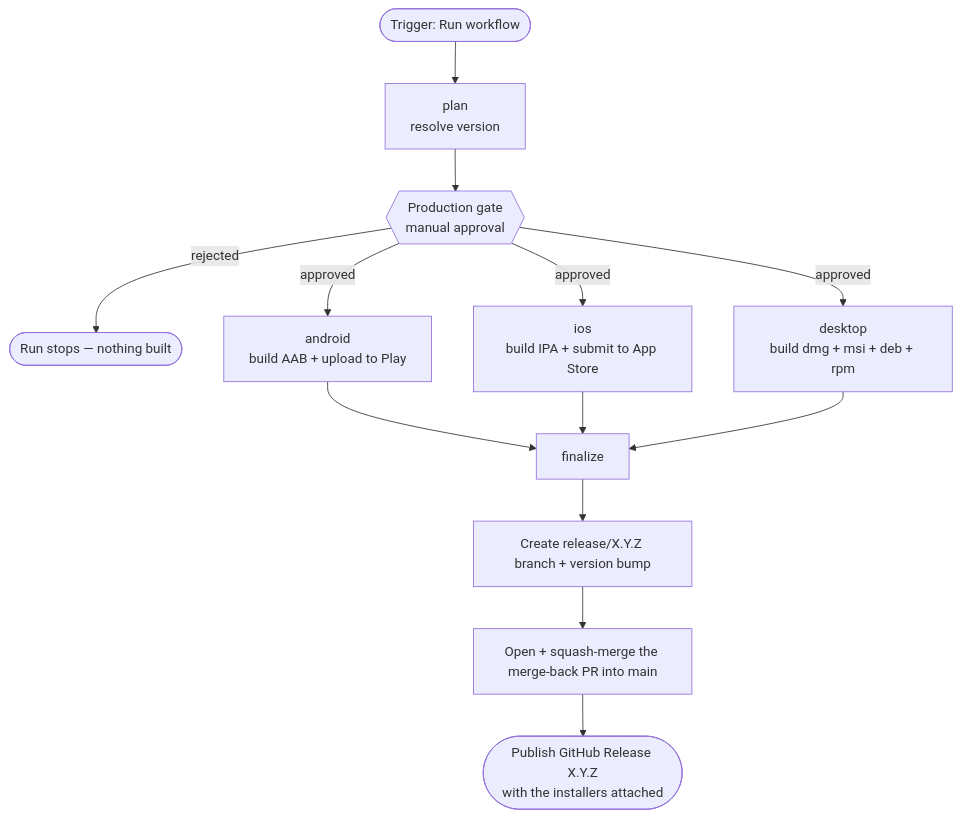
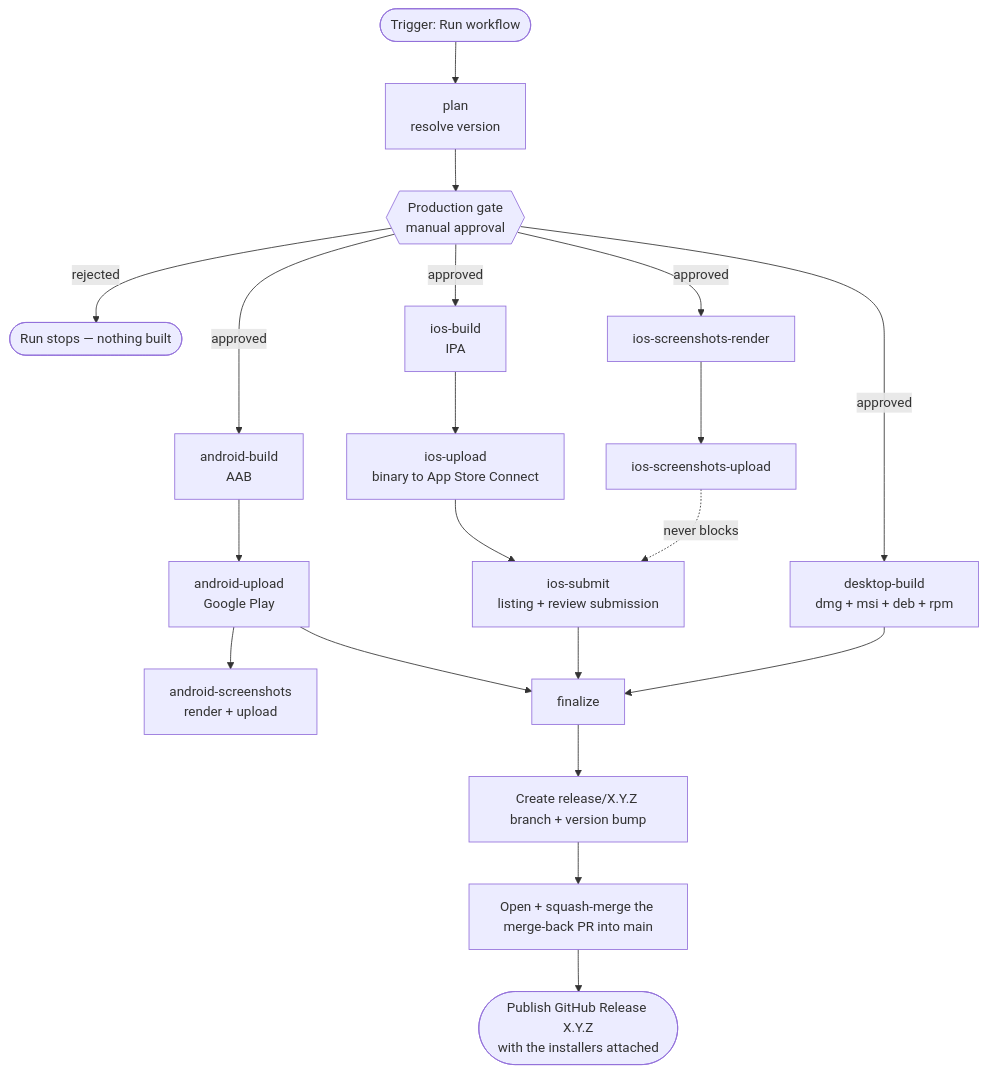
Before and after one commit to Quartel-Enterprise/bible-planner-mobile-client: the first of 2 diagrams in docs/release-process.md, drawn with Mermaid. The commit also changed other lines of this file and 4 other files, not shown here.

````diff
--- a/docs/release-process.md
+++ b/docs/release-process.md
@@ -19,15 +19,22 @@
 ```mermaid
 flowchart TD
     A([Trigger: Run workflow]) --> B[plan<br/>resolve version]
     B --> G{{Production gate<br/>manual approval}}
     G -->|rejected| X([Run stops — nothing built])
-    G -->|approved| D[android<br/>build AAB + upload to Play]
-    G -->|approved| E[ios<br/>build IPA + submit to App Store]
-    G -->|approved| H[desktop<br/>build dmg + msi + deb + rpm]
-    D --> F[finalize]
-    E --> F
+    G -->|approved| D1[android-build<br/>AAB]
+    G -->|approved| E1[ios-build<br/>IPA]
+    G -->|approved| S1[ios-screenshots-render]
+    G -->|approved| H[desktop-build<br/>dmg + msi + deb + rpm]
+    D1 --> D2[android-upload<br/>Google Play]
+    D2 --> D3[android-screenshots<br/>render + upload]
+    E1 --> E2[ios-upload<br/>binary to App Store Connect]
+    S1 --> S2[ios-screenshots-upload]
+    E2 --> E3[ios-submit<br/>listing + review submission]
+    S2 -.->|never blocks| E3
+    D2 --> F[finalize]
+    E3 --> F
     H --> F
     F --> F1[Create release/X.Y.Z branch + version bump]
     F1 --> F2[Open + squash-merge the merge-back PR into main]
     F2 --> F3([Publish GitHub Release X.Y.Z<br/>with the installers attached])
 ```
````
